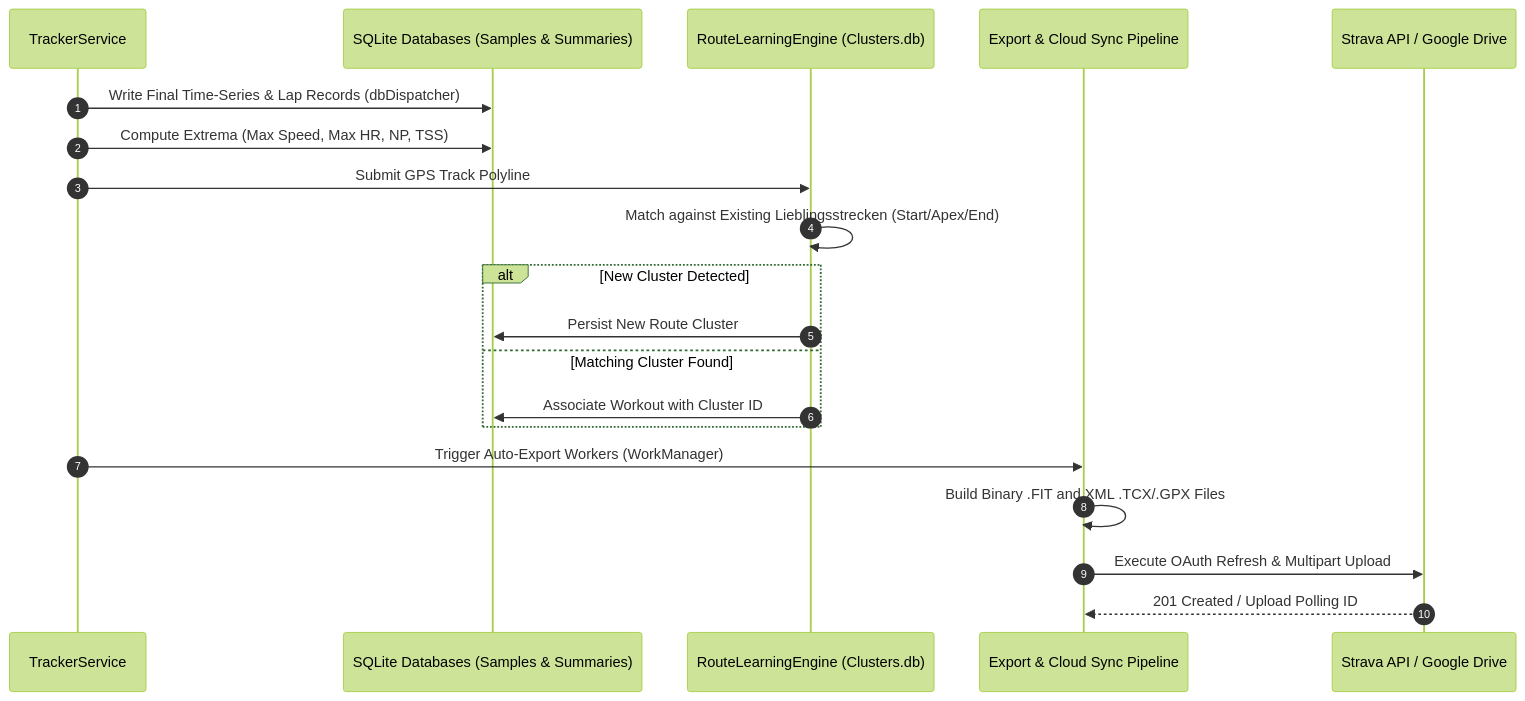
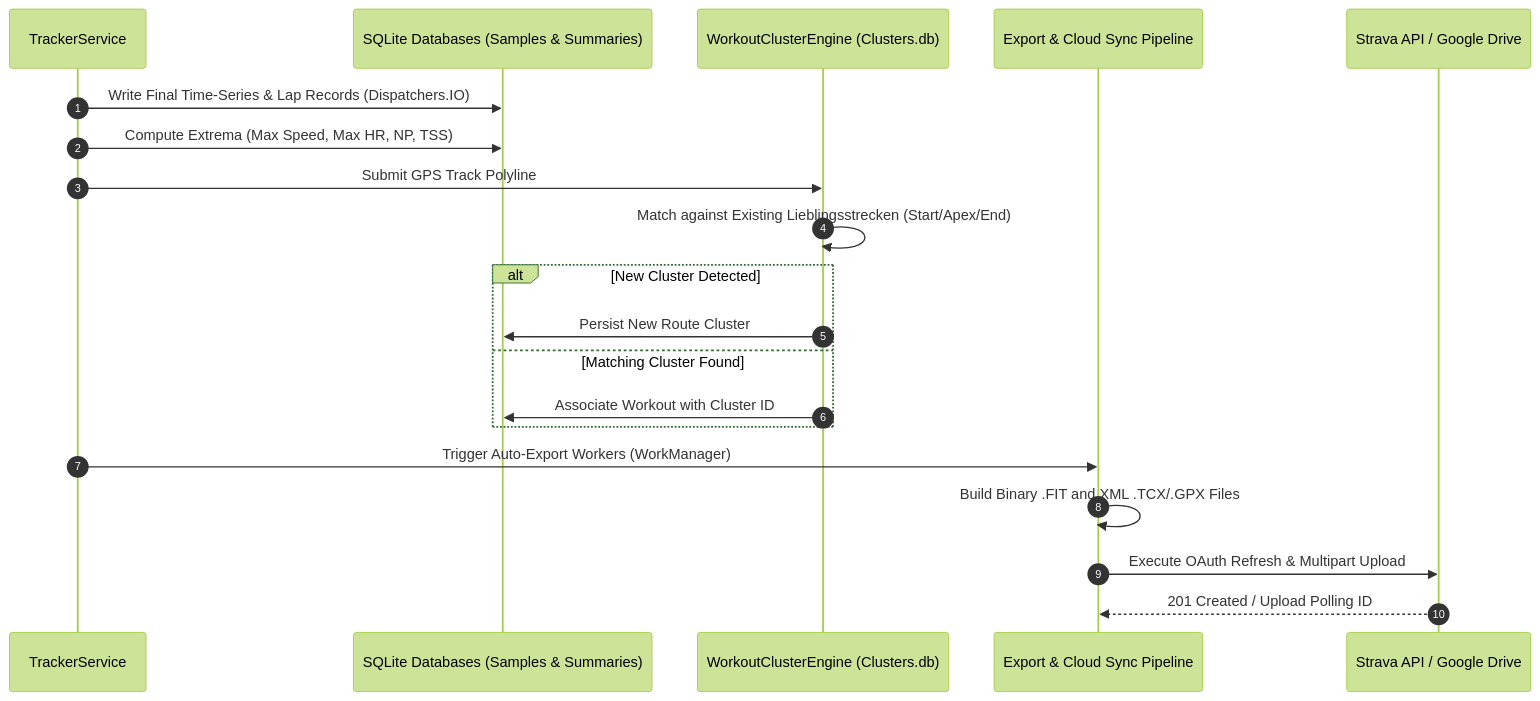
One commit to rainerblind/aTrainingTracker changed the fourth of 4 diagrams in docs/architecture.md. Above: the diagram before and after it, drawn with Mermaid (forest theme). The commit also changed other lines of this file and 9 other files, not shown here.

Commit message:
ATT-6179: [Verbesserung] Resynchronize architecture document with code

````diff
--- a/docs/architecture.md
+++ b/docs/architecture.md
@@ -149,23 +146,23 @@
 ```mermaid
 sequenceDiagram
     autonumber
     participant TS as TrackerService
     participant DB as SQLite Databases (Samples & Summaries)
-    participant RLE as RouteLearningEngine (Clusters.db)
+    participant RLE as WorkoutClusterEngine (Clusters.db)
     participant EXP as Export & Cloud Sync Pipeline
     participant STR as Strava API / Google Drive
 
-    TS->>DB: Write Final Time-Series & Lap Records (dbDispatcher)
+    TS->>DB: Write Final Time-Series & Lap Records (Dispatchers.IO)
     TS->>DB: Compute Extrema (Max Speed, Max HR, NP, TSS)
     TS->>RLE: Submit GPS Track Polyline
     RLE->>RLE: Match against Existing Lieblingsstrecken (Start/Apex/End)
     alt New Cluster Detected
         RLE->>DB: Persist New Route Cluster
     else Matching Cluster Found
         RLE->>DB: Associate Workout with Cluster ID
     end
     TS->>EXP: Trigger Auto-Export Workers (WorkManager)
     EXP->>EXP: Build Binary .FIT and XML .TCX/.GPX Files
     EXP->>STR: Execute OAuth Refresh & Multipart Upload
     STR-->>EXP: 201 Created / Upload Polling ID
 ```
````
